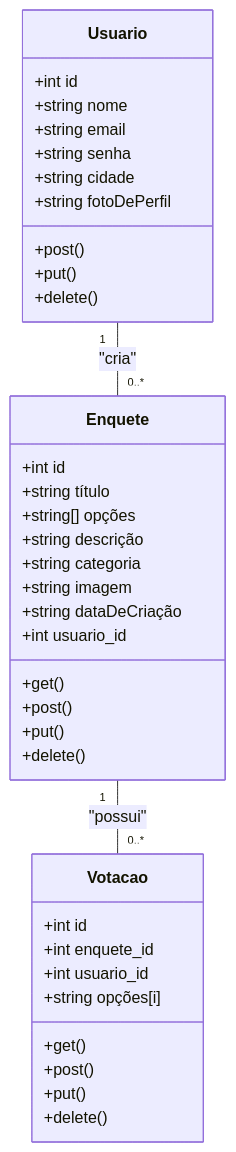
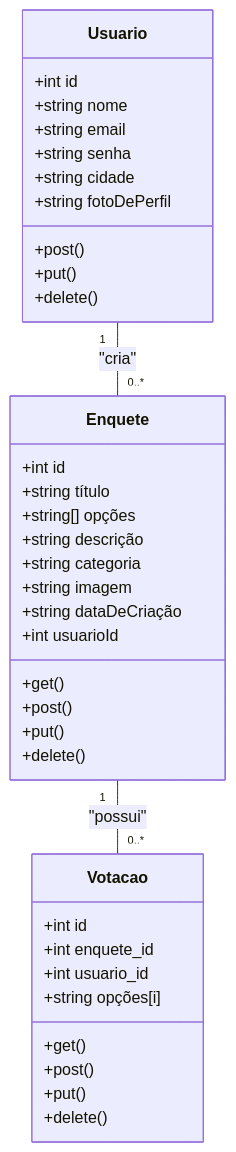
Before and after one commit to epicestudar/Votefy: the second of 4 diagrams in README.md, drawn with Mermaid.

````diff
--- a/README.md
+++ b/README.md
@@ -119,44 +119,44 @@
 ```mermaid
 classDiagram
     class Usuario {
         +int id
         +string nome
         +string email
         +string senha
         +string cidade
         +string fotoDePerfil
         +post()
         +put()
         +delete()
     }
 
     class Enquete {
         +int id
         +string título
         +string[] opções
         +string descrição
         +string categoria
         +string imagem
         +string dataDeCriação
-        +int usuario_id
+        +int usuarioId
         +get()
         +post()
         +put()
         +delete()
     }
 
     class Votacao {
         +int id
         +int enquete_id
         +int usuario_id
         +string opções[i]
         +get()
         +post()
         +put()
         +delete()
     }
 
     Usuario "1" -- "0..*" Enquete : "cria"
     Enquete "1" -- "0..*" Votacao : "possui"
 
 ```
````
